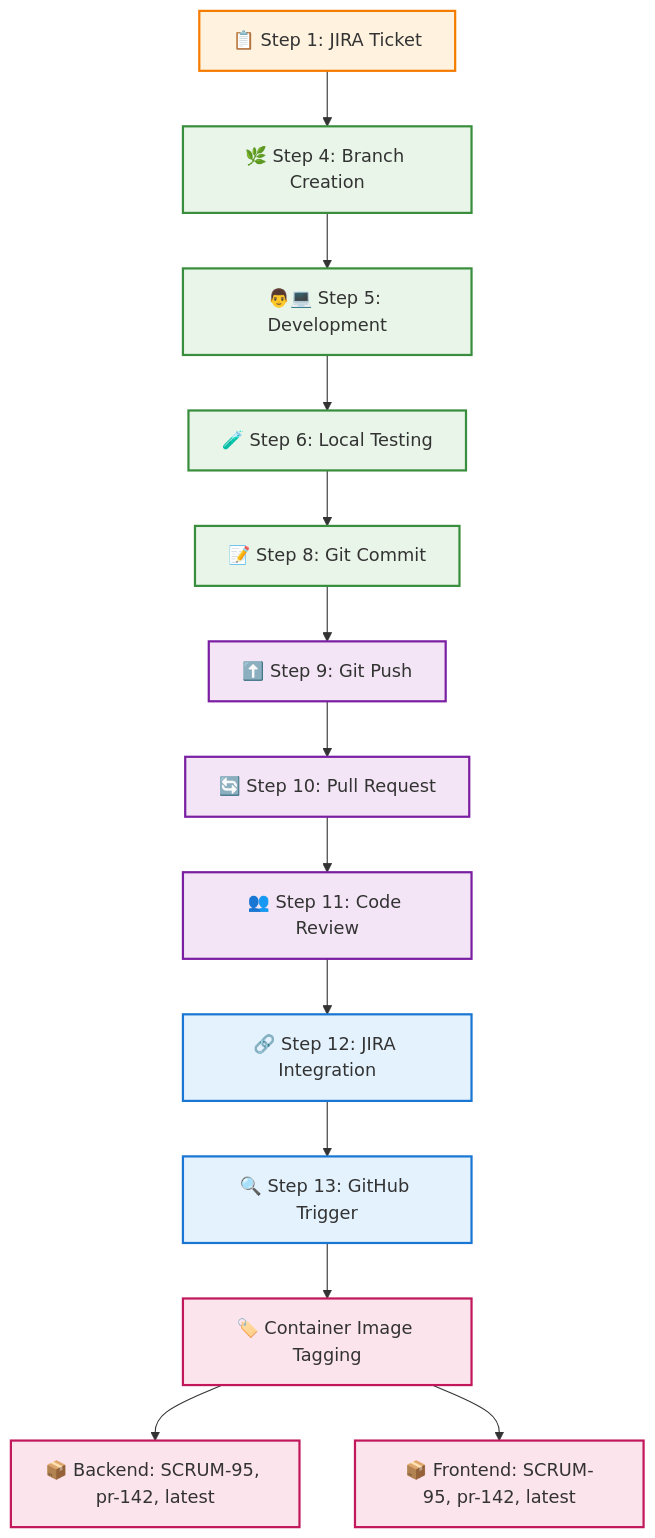
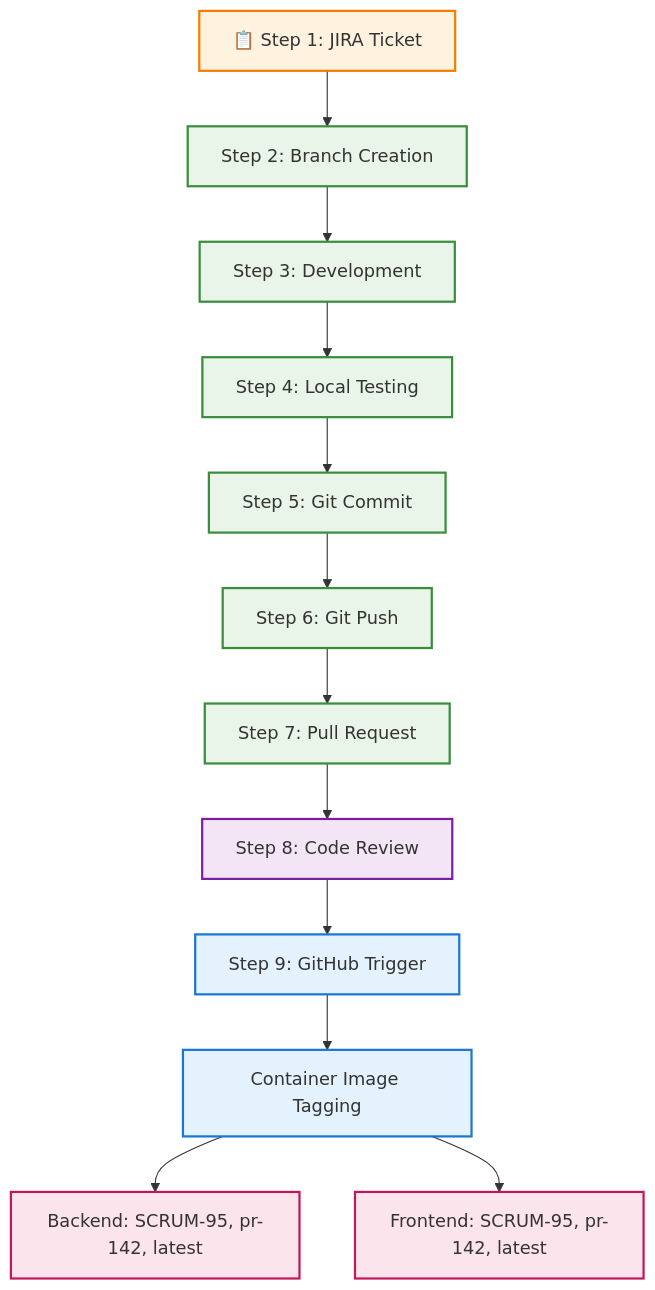
Before and after one commit to andreaendigital/CarPricePredictor-Demo: the diagram in docs/cicd/pipeline.md, drawn with Mermaid. The commit also changed other lines of this file, not shown here.

Commit message:
SCRUM-98 ci/cd githubpage modifications

````diff
--- a/docs/cicd/pipeline.md
+++ b/docs/cicd/pipeline.md
@@ -14,27 +14,27 @@
 ```mermaid
 flowchart TD
-    A[📋 Step 1: JIRA Ticket] --> B[🌿 Step 4: Branch Creation]
-    B --> C[👨💻 Step 5: Development]
-    C --> D[🧪 Step 6: Local Testing]
-    D --> E[📝 Step 8: Git Commit]
-    E --> F[⬆️ Step 9: Git Push]
-    F --> G[🔄 Step 10: Pull Request]
-    G --> H[👥 Step 11: Code Review]
-    H --> I[🔗 Step 12: JIRA Integration]
-    I --> J[🔍 Step 13: GitHub Trigger]
-    J --> K[🏷️ Container Image Tagging]
-    K --> L[📦 Backend: SCRUM-95, pr-142, latest]
-    K --> M[📦 Frontend: SCRUM-95, pr-142, latest]
+    A[📋 Step 1: JIRA Ticket] --> B[Step 2: Branch Creation]
+    B --> C[Step 3: Development]
+    C --> D[Step 4: Local Testing]
+    D --> E[Step 5: Git Commit]
+    E --> F[Step 6: Git Push]
+    F --> G[Step 7: Pull Request]
+    G --> H[Step 8: Code Review]
+    H --> I[Step 9: GitHub Trigger]
+    I --> J[Container Image Tagging]
+    J --> L[Backend: SCRUM-95, pr-142, latest]
+    J --> M[Frontend: SCRUM-95, pr-142, latest]
+    
 
     classDef planning fill:#fff3e0,stroke:#f57c00,stroke-width:2px
     classDef development fill:#e8f5e8,stroke:#388e3c,stroke-width:2px
     classDef review fill:#f3e5f5,stroke:#7b1fa2,stroke-width:2px
     classDef cicd fill:#e3f2fd,stroke:#1976d2,stroke-width:2px
     classDef build fill:#fce4ec,stroke:#c2185b,stroke-width:2px
 
     class A planning
-    class B,C,D,E development
-    class F,G,H review
+    class B,C,D,E,F,G development
+    class H review
     class I,J cicd
-    class K,L,M build
+    class L,M build
 ```
````
